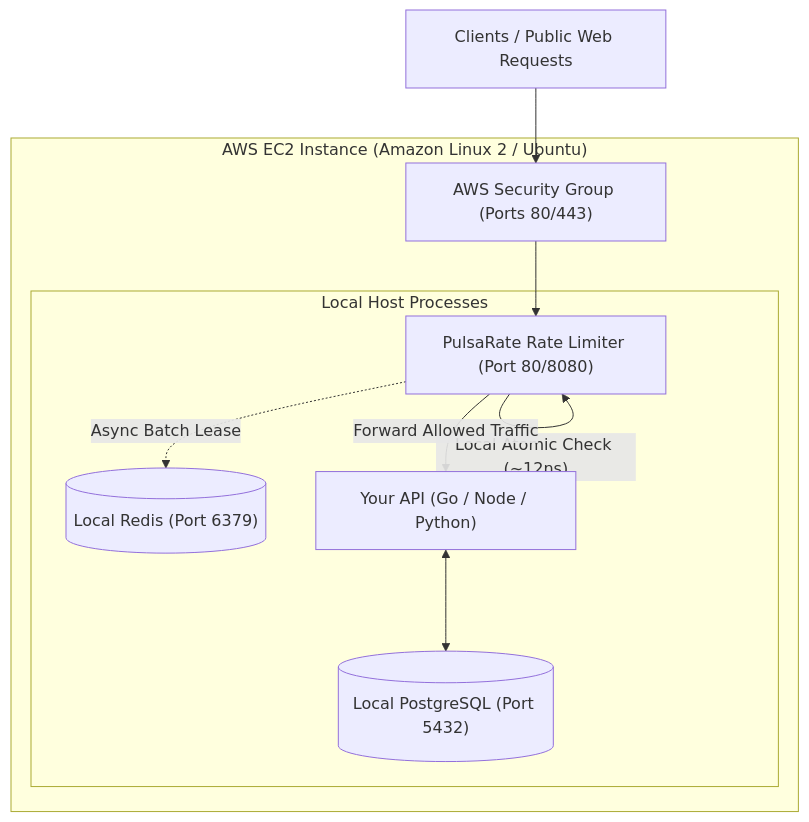
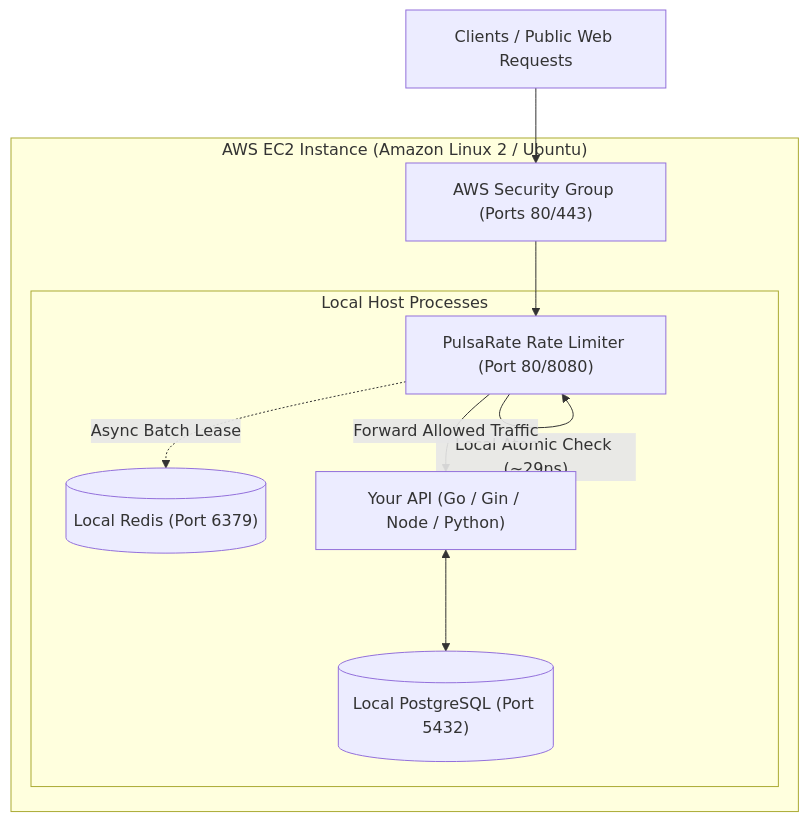
One commit to OscarEdem/PulsaRate-Go changed the first of 2 diagrams in DEPLOYMENT_GUIDE.md. Above: the diagram before and after it, drawn with Mermaid. The commit also changed other lines of this file and 1 other file, not shown here.

Commit message:
docs: update README, DEPLOYMENT_GUIDE, and package layout for Gin middleware

````diff
--- a/DEPLOYMENT_GUIDE.md
+++ b/DEPLOYMENT_GUIDE.md
@@ -12,15 +12,15 @@
 ```mermaid
 flowchart TD
     Client["Clients / Public Web Requests"] --> SecurityGroup["AWS Security Group (Ports 80/443)"]
     
     subgraph EC2["AWS EC2 Instance (Amazon Linux 2 / Ubuntu)"]
         SecurityGroup --> PulsaRate["PulsaRate Rate Limiter (Port 80/8080)"]
         
         subgraph AppStack["Local Host Processes"]
-            PulsaRate -- "Local Atomic Check (~12ns)" --> PulsaRate
+            PulsaRate -- "Local Atomic Check (~29ns)" --> PulsaRate
             PulsaRate -. "Async Batch Lease" .-> LocalRedis[("Local Redis (Port 6379)")]
-            PulsaRate -- "Forward Allowed Traffic" --> API["Your API (Go / Node / Python)"]
+            PulsaRate -- "Forward Allowed Traffic" --> API["Your API (Go / Gin / Node / Python)"]
             API <--> PostgreSQL[("Local PostgreSQL (Port 5432)")]
         end
     end
 ```
````
